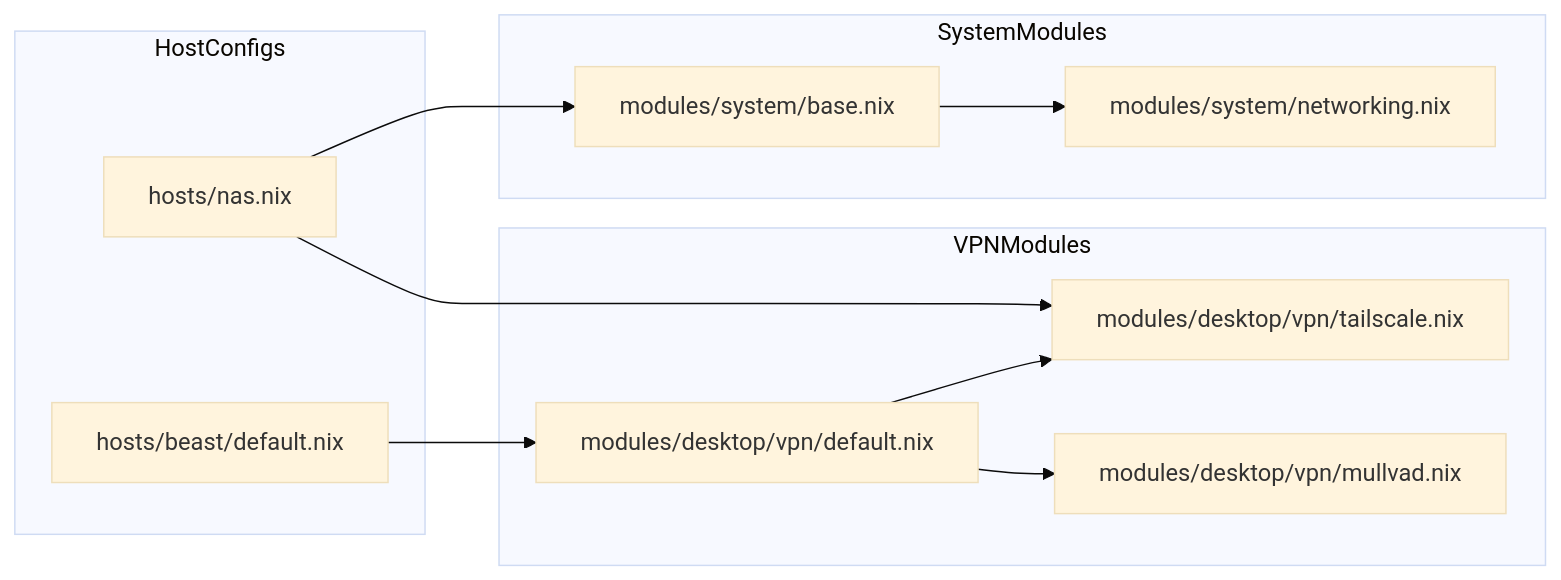
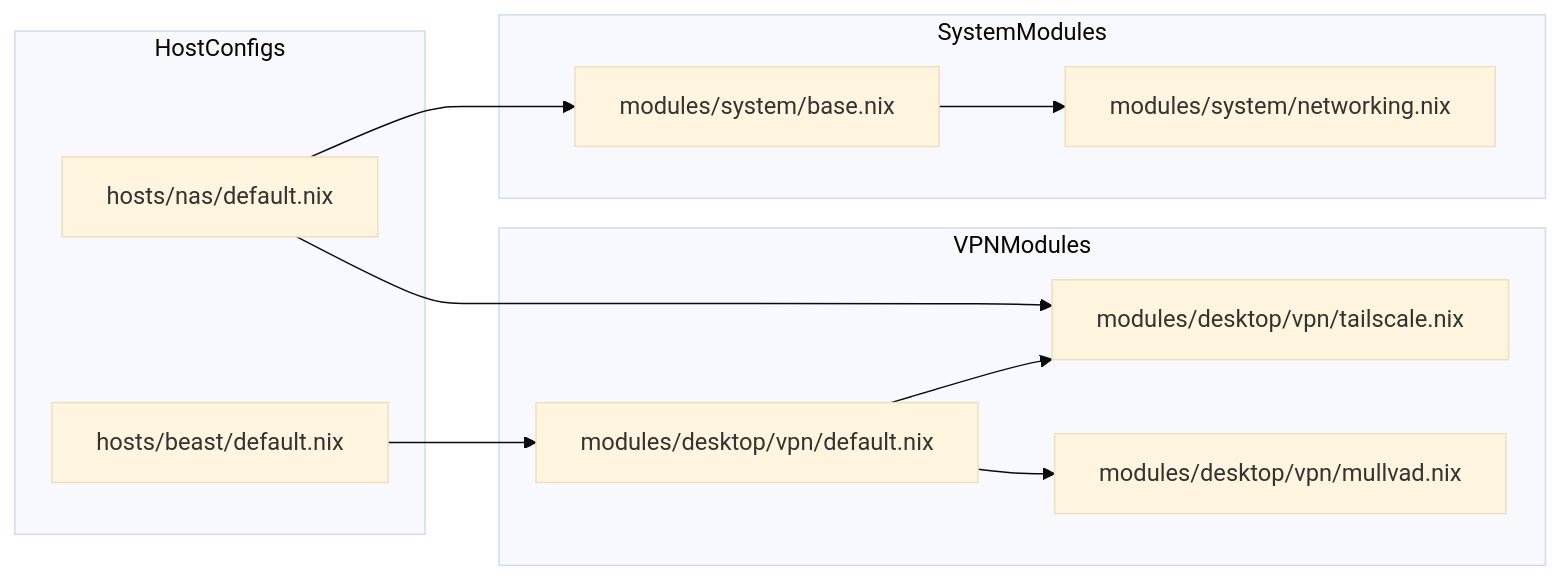
One commit to Cody-W-Tucker/nix-config changed the first of 2 diagrams in docs/Networking-and-VPN.md. Above: the diagram before and after it, drawn with Mermaid (base theme). The commit also changed other lines of this file and 36 other files, not shown here.

````diff
--- a/docs/Networking-and-VPN.md
+++ b/docs/Networking-and-VPN.md
@@ -46,22 +46,22 @@
 ```mermaid
 flowchart LR
     subgraph HostConfigs
-        NAS["hosts/nas.nix"]
+        NAS["hosts/nas/default.nix"]
         BEAST["hosts/beast/default.nix"]
     end
     subgraph VPNModules
         TS["modules/desktop/vpn/tailscale.nix"]
         MV["modules/desktop/vpn/mullvad.nix"]
         VPN_DEF["modules/desktop/vpn/default.nix"]
     end
     subgraph SystemModules
         BASE["modules/system/base.nix"]
         NET["modules/system/networking.nix"]
     end
     BASE --> NET
     NAS --> BASE
     NAS --> TS
     BEAST --> VPN_DEF
     VPN_DEF --> TS
     VPN_DEF --> MV
 ```
````
